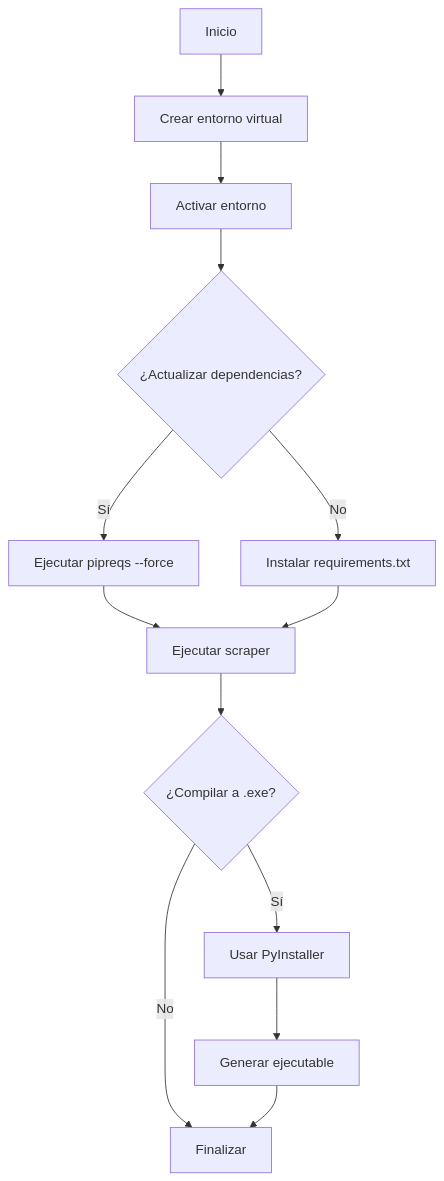
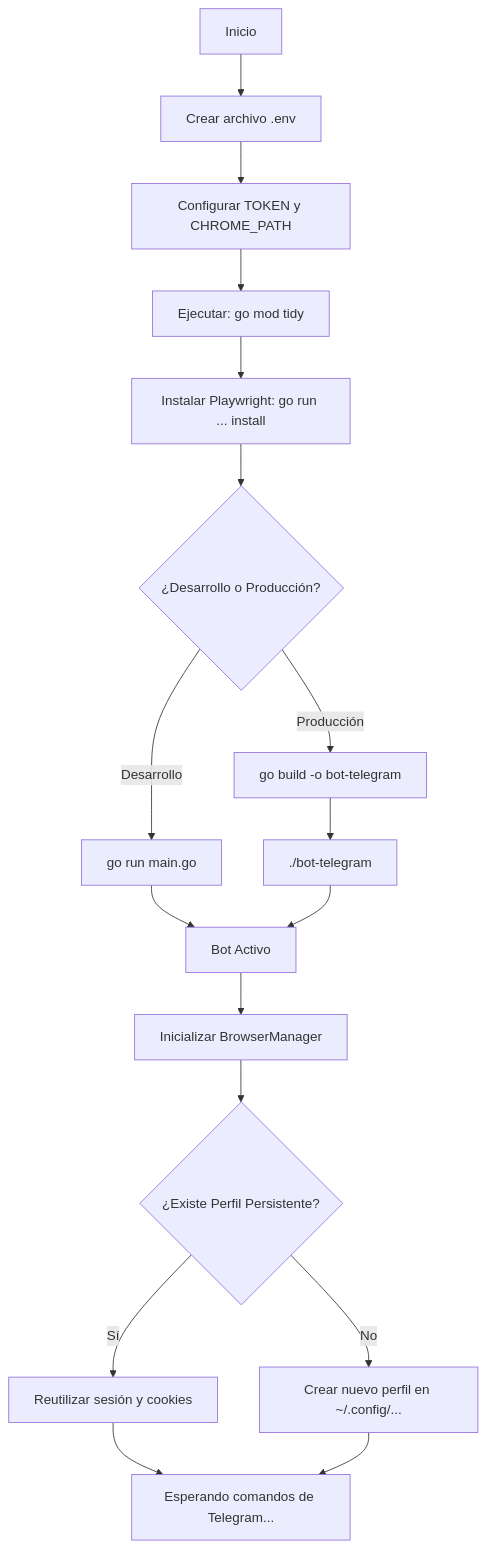
One commit to MartinCiro/indeed_scrapper changed the first of 3 diagrams in README.md. Above: the diagram before and after it, drawn with Mermaid. The commit also changed other lines of this file, not shown here.

````diff
--- a/README.md
+++ b/README.md
@@ -89,15 +136,19 @@
 ```mermaid
 graph TD
-    A[Inicio] --> B[Crear entorno virtual]
-    B --> C[Activar entorno]
-    C --> D{¿Actualizar dependencias?}
-    D -->|Sí| E[Ejecutar pipreqs --force]
-    D -->|No| F[Instalar requirements.txt]
-    E --> G[Ejecutar scraper]
-    F --> G
-    G --> H{¿Compilar a .exe?}
-    H -->|Sí| I[Usar PyInstaller]
-    H -->|No| J[Finalizar]
-    I --> K[Generar ejecutable]
-    K --> J
+    A[Inicio] --> B[Crear archivo .env]
+    B --> C[Configurar TOKEN y CHROME_PATH]
+    C --> D[Ejecutar: go mod tidy]
+    D --> E[Instalar Playwright: go run ... install]
+    E --> F{¿Desarrollo o Producción?}
+    F -->|Desarrollo| G[go run main.go]
+    F -->|Producción| H[go build -o bot-telegram]
+    H --> I[./bot-telegram]
+    G --> J[Bot Activo]
+    I --> J
+    J --> K[Inicializar BrowserManager]
+    K --> L{¿Existe Perfil Persistente?}
+    L -->|Sí| M[Reutilizar sesión y cookies]
+    L -->|No| N[Crear nuevo perfil en ~/.config/...]
+    M --> O[Esperando comandos de Telegram...]
+    N --> O
 ```
````
